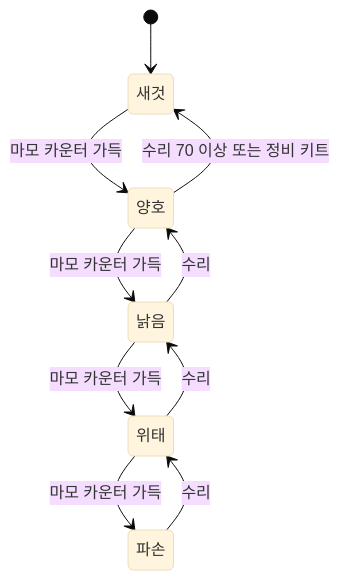
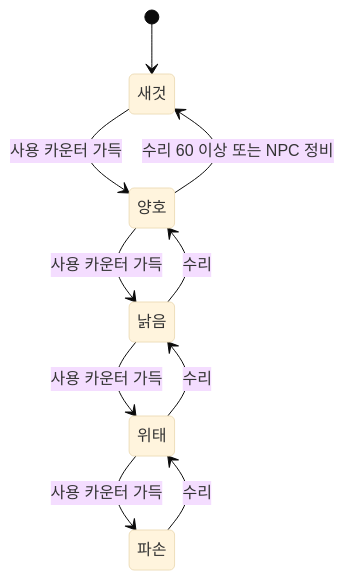
Before and after one commit to forsurvive/003: the fifth of 5 diagrams in docs/seoul-fallout/13_items.md, drawn with Mermaid (base theme). The commit also changed other lines of this file and 2 other files, not shown here.

````diff
--- a/docs/seoul-fallout/13_items.md
+++ b/docs/seoul-fallout/13_items.md
@@ -1196,12 +1249,12 @@
 ```mermaid
 stateDiagram-v2
   [*] --> 새것
-  새것 --> 양호: 마모 카운터 가득
-  양호 --> 낡음: 마모 카운터 가득
-  낡음 --> 위태: 마모 카운터 가득
-  위태 --> 파손: 마모 카운터 가득
+  새것 --> 양호: 사용 카운터 가득
+  양호 --> 낡음: 사용 카운터 가득
+  낡음 --> 위태: 사용 카운터 가득
+  위태 --> 파손: 사용 카운터 가득
   파손 --> 위태: 수리
   위태 --> 낡음: 수리
   낡음 --> 양호: 수리
-  양호 --> 새것: 수리 70 이상 또는 정비 키트
+  양호 --> 새것: 수리 60 이상 또는 NPC 정비
 ```
````
